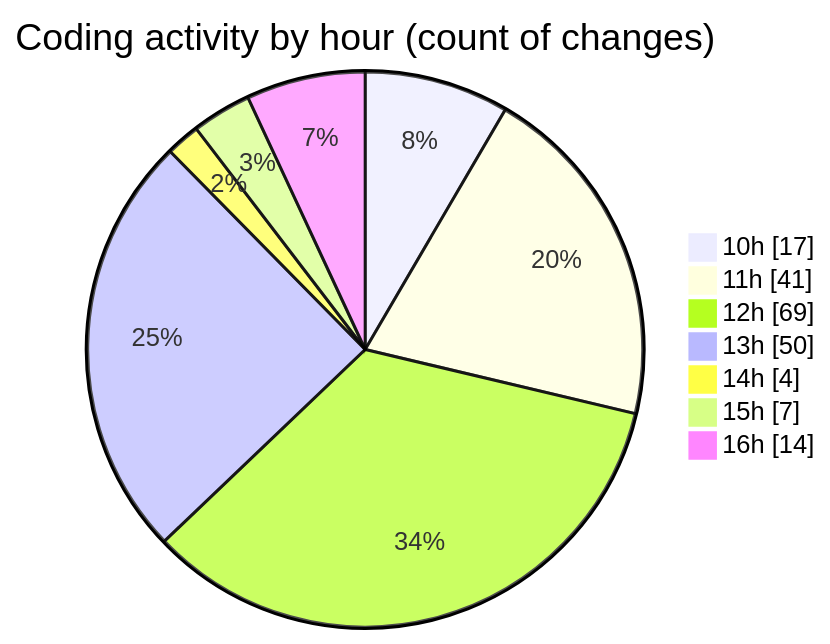
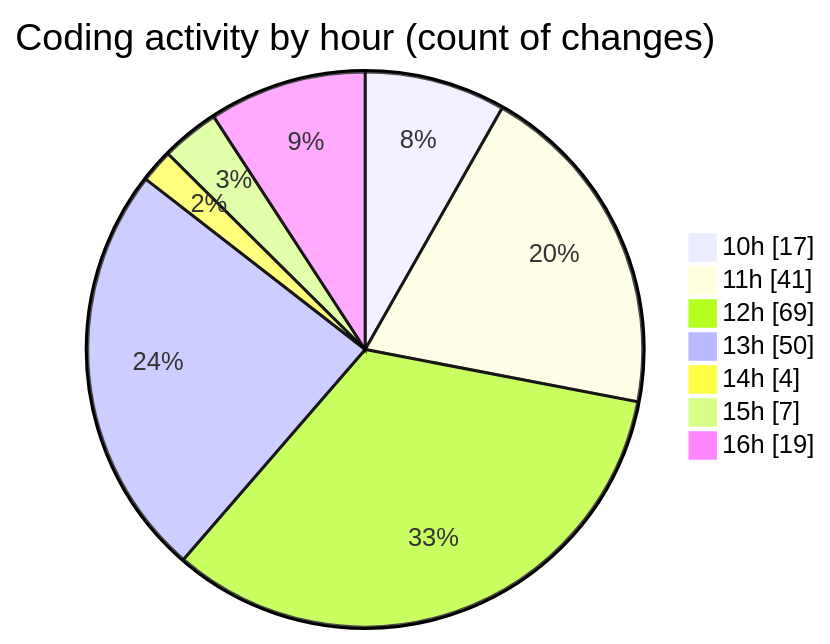
The second of 2 diagrams in 2025-10-06/cda/README.md (momahboobian/code-tracking), drawn with Mermaid before and after one commit. The commit also changed other lines of this file and 1 other file, not shown here.

````diff
--- a/2025-10-06/cda/README.md
+++ b/2025-10-06/cda/README.md
@@ -33,11 +33,11 @@
 ```mermaid
 pie showData
 title Coding activity by hour (count of changes)
 "10h" : 17
 "11h" : 41
 "12h" : 69
 "13h" : 50
 "14h" : 4
 "15h" : 7
-"16h" : 14
+"16h" : 19
 ```
````
